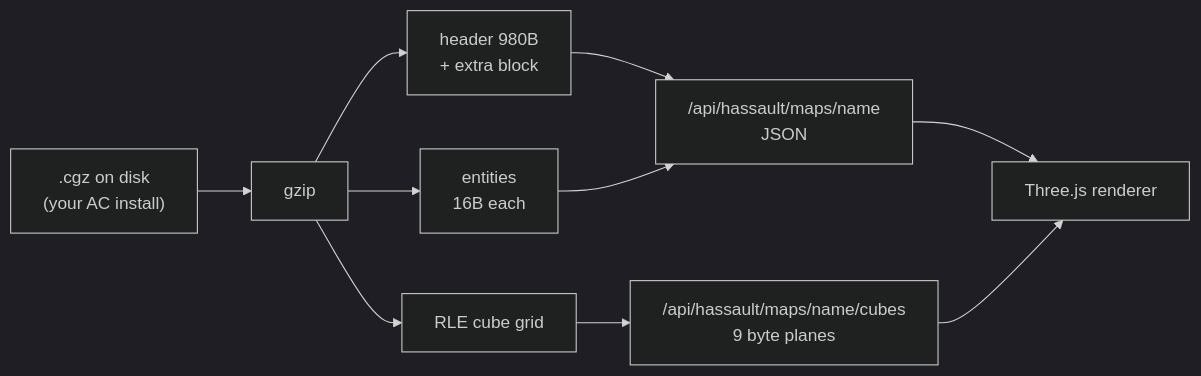
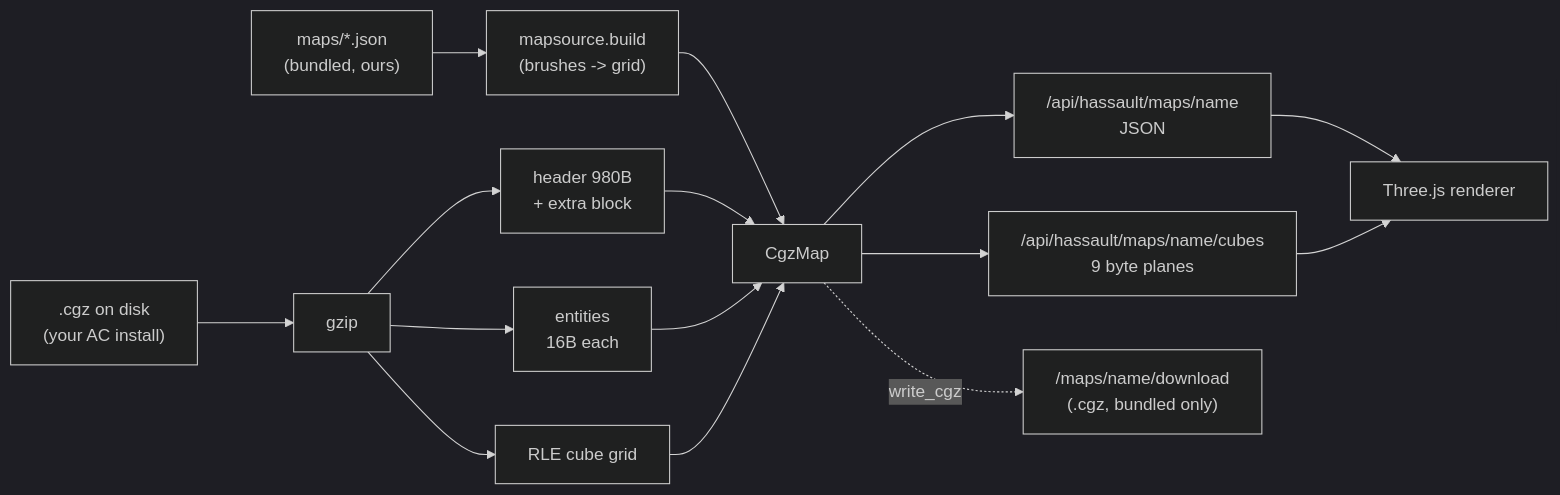
The first of 5 diagrams in docs/modules/hassault.mdx (ConstCorrectness/horrible-dashboard), drawn with Mermaid (dark theme) before and after one commit. The commit also changed other lines of this file and 15 other files, not shown here.

````diff
--- a/docs/modules/hassault.mdx
+++ b/docs/modules/hassault.mdx
@@ -49,12 +61,17 @@
 ```mermaid
 flowchart LR
   A[".cgz on disk<br/>(your AC install)"] --> B["gzip"]
   B --> C["header 980B<br/>+ extra block"]
   B --> D["entities<br/>16B each"]
   B --> E["RLE cube grid"]
-  C --> F["/api/hassault/maps/name<br/>JSON"]
-  D --> F
-  E --> G["/api/hassault/maps/name/cubes<br/>9 byte planes"]
+  A0["maps/*.json<br/>(bundled, ours)"] --> M["mapsource.build<br/>(brushes -> grid)"]
+  M --> P
+  C --> P["CgzMap"]
+  D --> P
+  E --> P
+  P --> F["/api/hassault/maps/name<br/>JSON"]
+  P --> G["/api/hassault/maps/name/cubes<br/>9 byte planes"]
   F --> H["Three.js renderer"]
   G --> H
+  P -.->|write_cgz| X["/maps/name/download<br/>(.cgz, bundled only)"]
 ```
````
